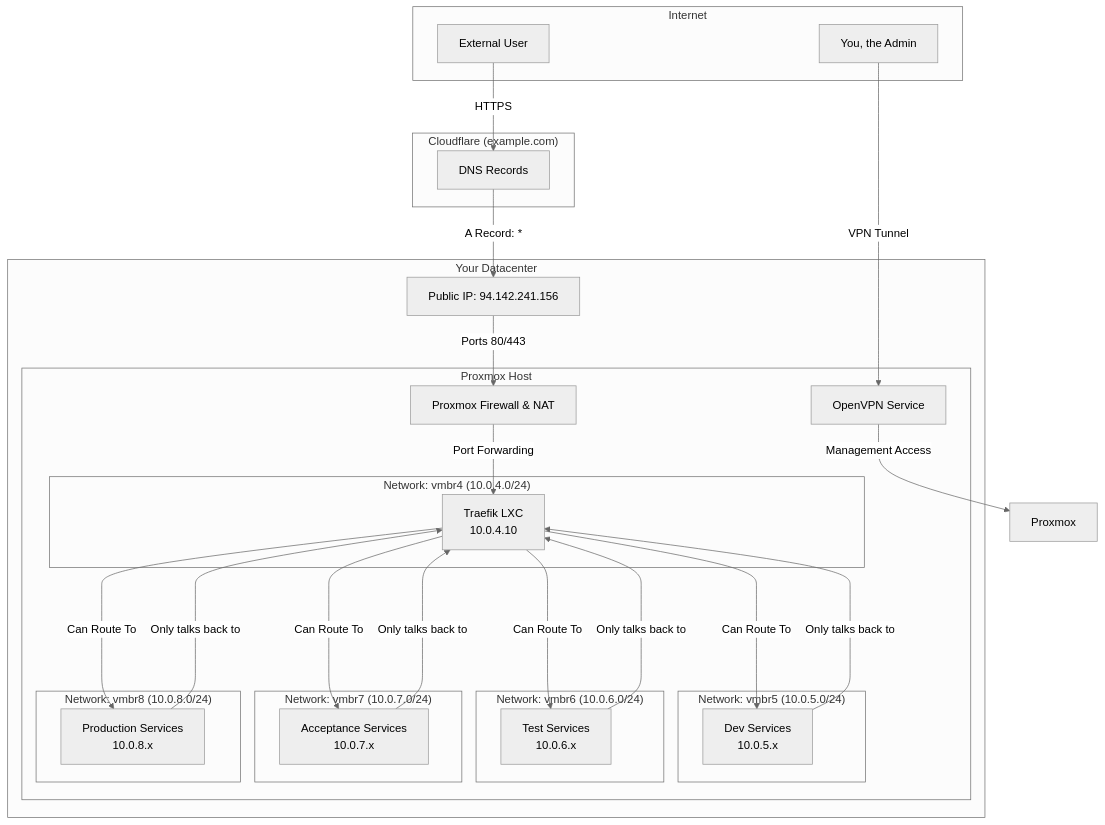
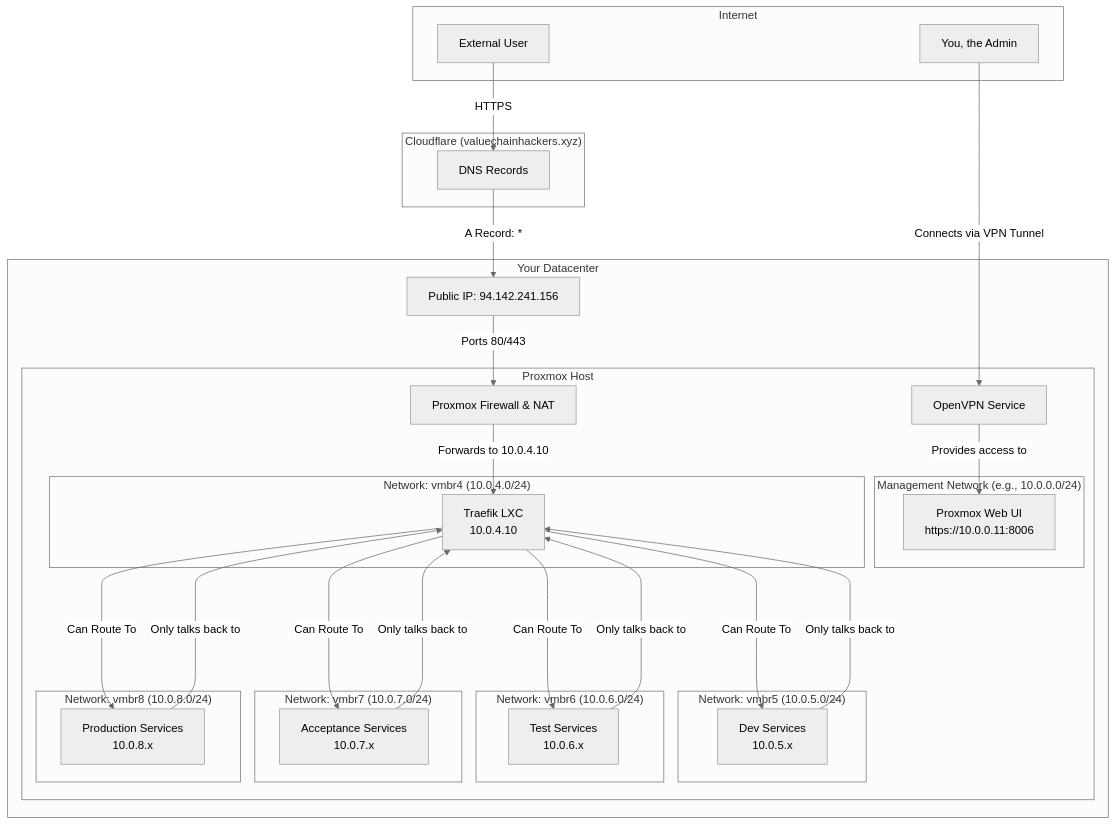
Before and after one commit to Research-Ready/TraeficSetup: the diagram in architecture.md, drawn with Mermaid (neutral theme).

Commit message:
archtecture update

````diff
--- a/architecture.md
+++ b/architecture.md
@@ -12,59 +12,69 @@
 ```mermaid
 graph TD
     subgraph Internet
         User[External User]
         Admin[You, the Admin]
     end
 
-    subgraph "Cloudflare (example.com)"
+    subgraph "Cloudflare (valuechainhackers.xyz)"
         DNS[DNS Records]
     end
 
     subgraph "Your Datacenter"
         Public_IP[Public IP: 94.142.241.156]
 
         subgraph "Proxmox Host"
+            %% Host-level Services
             Firewall[Proxmox Firewall & NAT]
             OpenVPN[OpenVPN Service]
+            
+            subgraph "Management Network (e.g., 10.0.0.0/24)"
+                PVE_UI[Proxmox Web UI <br> https://10.0.0.11:8006]
+            end
 
+            %% Guest Networks (Virtual Bridges)
             subgraph "Network: vmbr4 (10.0.4.0/24)"
                 Traefik_LXC[Traefik LXC <br> 10.0.4.10]
             end
 
             subgraph "Network: vmbr5 (10.0.5.0/24)"
                 Dev_Placeholder[Dev Services <br> 10.0.5.x]
             end
 
             subgraph "Network: vmbr6 (10.0.6.0/24)"
                 Test_Placeholder[Test Services <br> 10.0.6.x]
             end
 
             subgraph "Network: vmbr7 (10.0.7.0/24)"
                 Acc_Placeholder[Acceptance Services <br> 10.0.7.x]
             end
 
             subgraph "Network: vmbr8 (10.0.8.0/24)"
                 Prod_Placeholder[Production Services <br> 10.0.8.x]
             end
         end
     end
 
     %% Define Connections
+    %% Public User Flow
     User -- HTTPS --> DNS
     DNS -- "A Record: *" --> Public_IP
     Public_IP -- "Ports 80/443" --> Firewall
-    Firewall -- "Port Forwarding" --> Traefik_LXC
+    Firewall -- "Forwards to 10.0.4.10" --> Traefik_LXC
 
+    %% Admin Management Flow
+    Admin -- "Connects via VPN Tunnel" --> OpenVPN
+    OpenVPN -- "Provides access to" --> PVE_UI
+
+    %% Internal Service Routing
     Traefik_LXC -- "Can Route To" --> Dev_Placeholder
     Traefik_LXC -- "Can Route To" --> Test_Placeholder
     Traefik_LXC -- "Can Route To" --> Acc_Placeholder
     Traefik_LXC -- "Can Route To" --> Prod_Placeholder
 
+    %% Firewall Isolation Rules
     Dev_Placeholder ---->|Only talks back to| Traefik_LXC
     Test_Placeholder ---->|Only talks back to| Traefik_LXC
     Acc_Placeholder ---->|Only talks back to| Traefik_LXC
     Prod_Placeholder ---->|Only talks back to| Traefik_LXC
-
-    Admin -- "VPN Tunnel" --> OpenVPN
-    OpenVPN -- "Management Access" --> Proxmox
 ```
````
